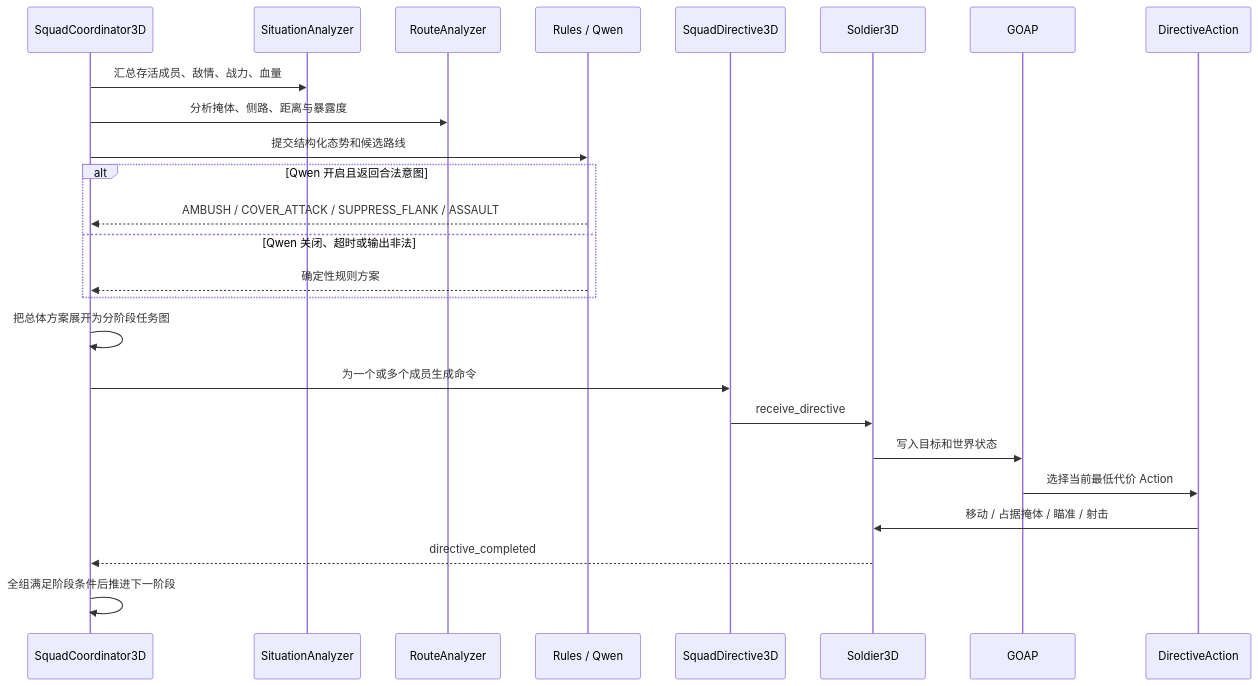
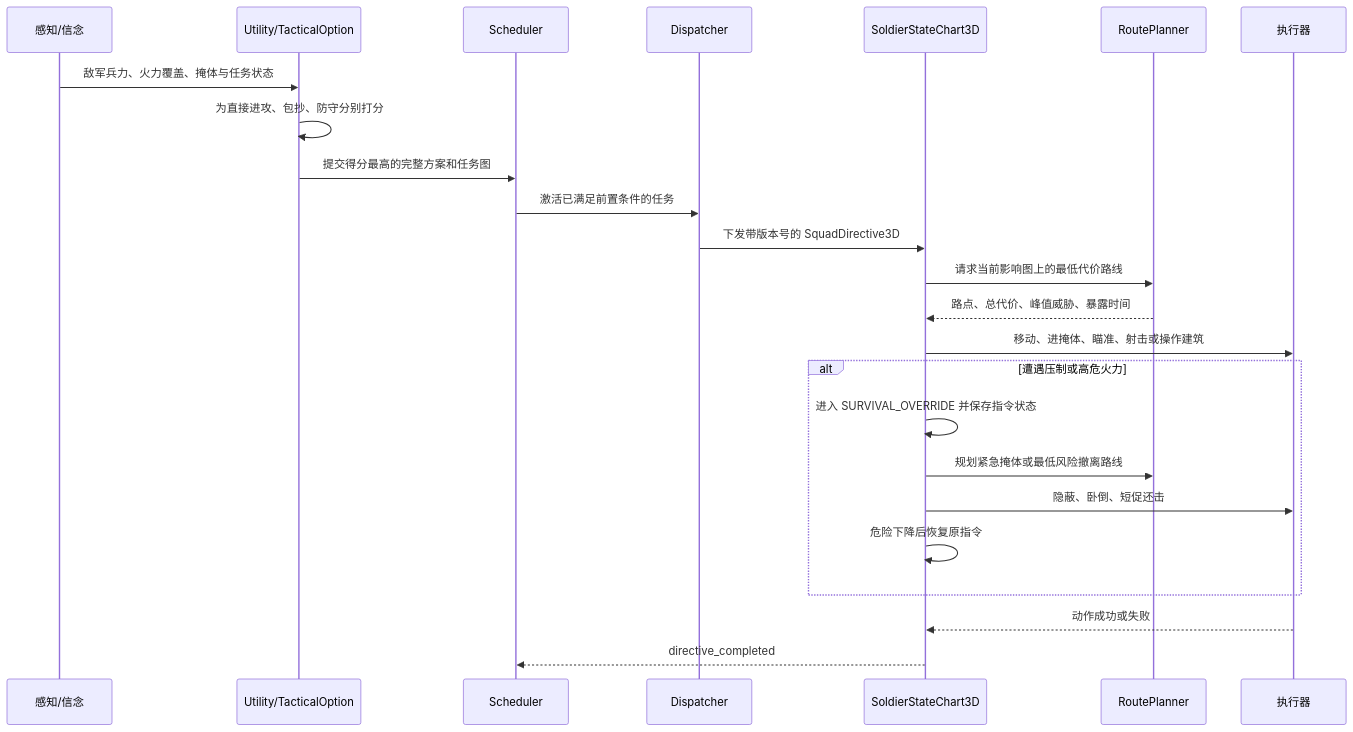
The second of 3 diagrams in docs/3d_module_flow.md (ly1530992740/HG), drawn with Mermaid before and after one commit. The commit also changed other lines of this file and 275 other files, not shown here.

````diff
--- a/docs/3d_module_flow.md
+++ b/docs/3d_module_flow.md
@@ -116,28 +36,27 @@
 ```mermaid
 sequenceDiagram
-    participant C as SquadCoordinator3D
-    participant S as SituationAnalyzer
-    participant R as RouteAnalyzer
-    participant D as Rules / Qwen
-    participant U as SquadDirective3D
-    participant A as Soldier3D
-    participant G as GOAP
-    participant X as DirectiveAction
+    participant P as 感知/信念
+    participant U as Utility/TacticalOption
+    participant S as Scheduler
+    participant D as Dispatcher
+    participant H as SoldierStateChart3D
+    participant R as RoutePlanner
+    participant E as 执行器
 
-    C->>S: 汇总存活成员、敌情、战力、血量
-    C->>R: 分析掩体、侧路、距离与暴露度
-    C->>D: 提交结构化态势和候选路线
-    alt Qwen 开启且返回合法意图
-        D-->>C: AMBUSH / COVER_ATTACK / SUPPRESS_FLANK / ASSAULT
-    else Qwen 关闭、超时或输出非法
-        D-->>C: 确定性规则方案
+    P->>U: 敌军兵力、火力覆盖、掩体与任务状态
+    U->>U: 为直接进攻、包抄、防守分别打分
+    U->>S: 提交得分最高的完整方案和任务图
+    S->>D: 激活已满足前置条件的任务
+    D->>H: 下发带版本号的 SquadDirective3D
+    H->>R: 请求当前影响图上的最低代价路线
+    R-->>H: 路点、总代价、峰值威胁、暴露时间
+    H->>E: 移动、进掩体、瞄准、射击或操作建筑
+    alt 遭遇压制或高危火力
+        H->>H: 进入 SURVIVAL_OVERRIDE 并保存指令状态
+        H->>R: 规划紧急掩体或最低风险撤离路线
+        H->>E: 隐蔽、卧倒、短促还击
+        H->>H: 危险下降后恢复原指令
     end
-    C->>C: 把总体方案展开为分阶段任务图
-    C->>U: 为一个或多个成员生成命令
-    U->>A: receive_directive
-    A->>G: 写入目标和世界状态
-    G->>X: 选择当前最低代价 Action
-    X->>A: 移动 / 占据掩体 / 瞄准 / 射击
-    A-->>C: directive_completed
-    C->>C: 全组满足阶段条件后推进下一阶段
+    E-->>H: 动作成功或失败
+    H-->>S: directive_completed
 ```
````
